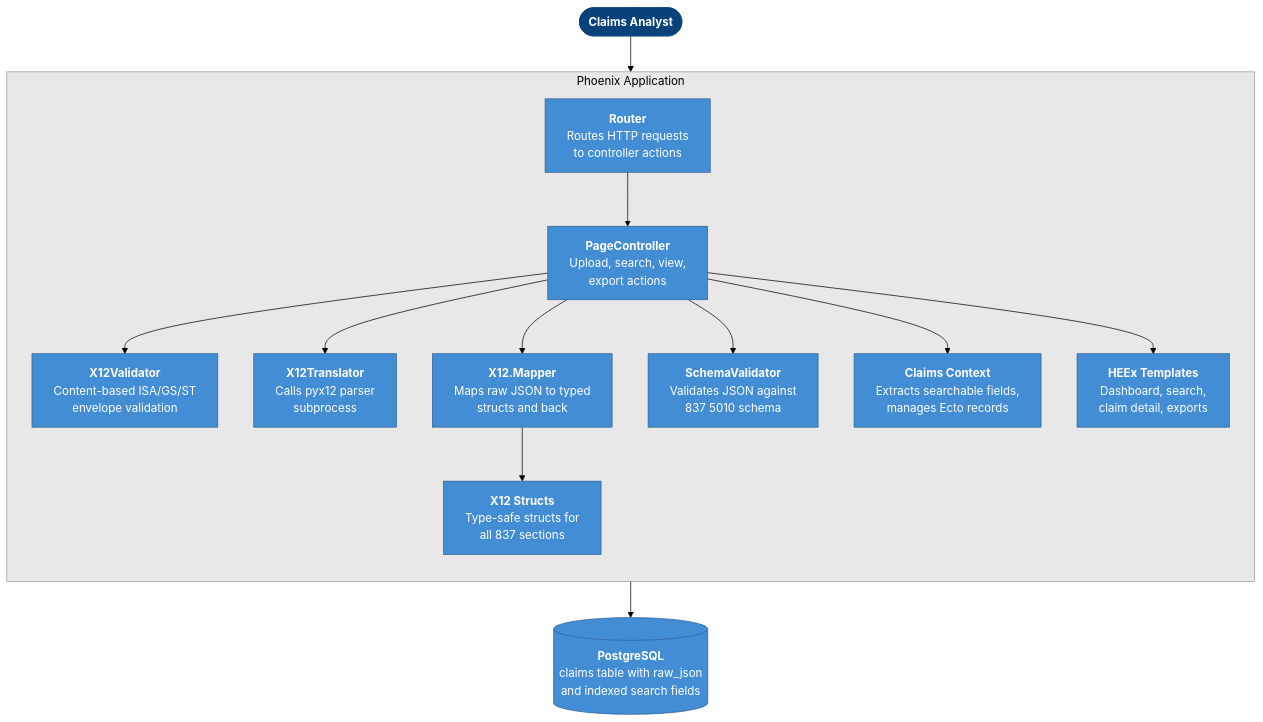
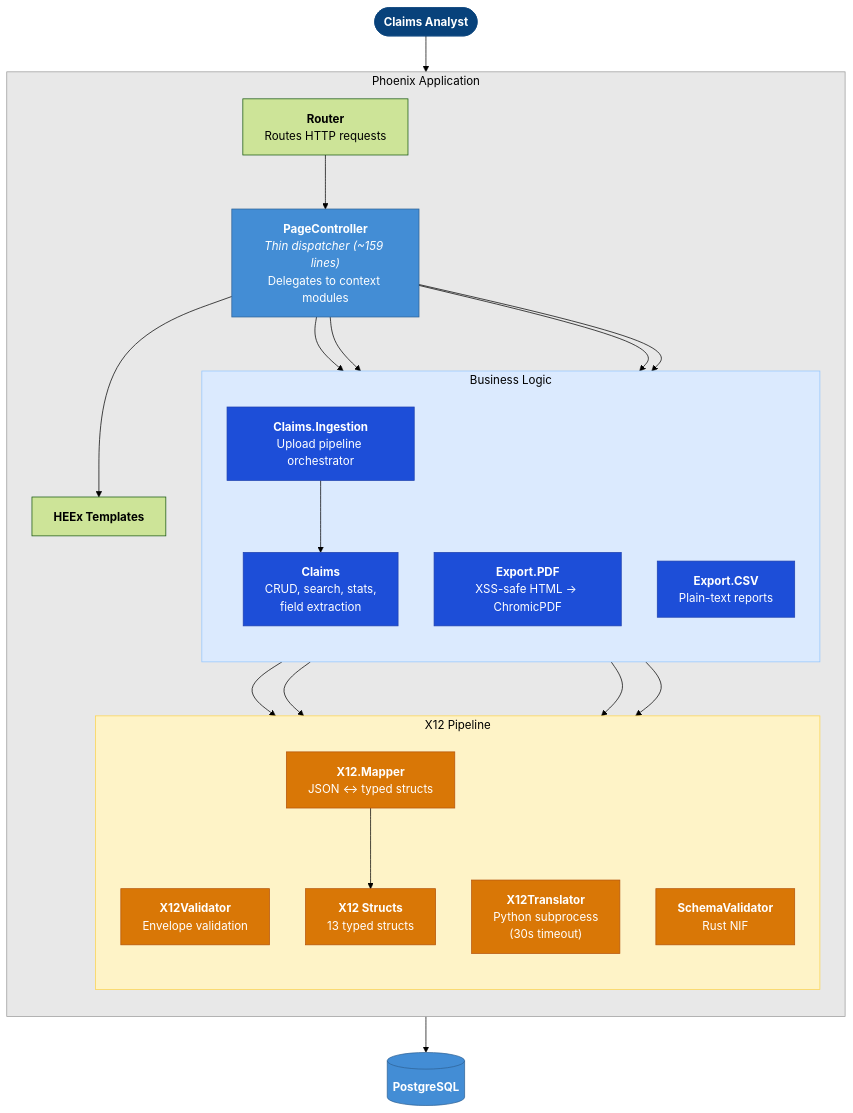
One commit to nagashi/X12-Claims-Translator-Viewer changed the second of 6 diagrams in README.md. Above: the diagram before and after it, drawn with Mermaid (forest theme). The commit also changed other lines of this file, not shown here.

Commit message:
Overhauled Architecture & ran Property based tests

````diff
--- a/README.md
+++ b/README.md
@@ -67,43 +137,61 @@
 ```mermaid
 flowchart TB
     user(["<b>Claims Analyst</b>"])
 
     subgraph phoenix ["Phoenix Application"]
         direction TB
-        router["<b>Router</b><br/>Routes HTTP requests<br/>to controller actions"]
-        controller["<b>PageController</b><br/>Upload, search, view,<br/>export actions"]
-        validator["<b>X12Validator</b><br/>Content-based ISA/GS/ST<br/>envelope validation"]
-        translator["<b>X12Translator</b><br/>Calls pyx12 parser<br/>subprocess"]
-        structs["<b>X12 Structs</b><br/>Type-safe structs for<br/>all 837 sections"]
-        mapper["<b>X12.Mapper</b><br/>Maps raw JSON to typed<br/>structs and back"]
-        schema_val["<b>SchemaValidator</b><br/>Validates JSON against<br/>837 5010 schema"]
-        claims["<b>Claims Context</b><br/>Extracts searchable fields,<br/>manages Ecto records"]
-        templates["<b>HEEx Templates</b><br/>Dashboard, search,<br/>claim detail, exports"]
+        router["<b>Router</b><br/>Routes HTTP requests"]
+        controller["<b>PageController</b><br/><i>Thin dispatcher (~159 lines)</i><br/>Delegates to context modules"]
+
+        subgraph contexts ["Business Logic"]
+            direction TB
+            claims_ctx["<b>Claims</b><br/>CRUD, search, stats,<br/>field extraction"]
+            ingestion["<b>Claims.Ingestion</b><br/>Upload pipeline orchestrator"]
+            export_pdf["<b>Export.PDF</b><br/>XSS-safe HTML → ChromicPDF"]
+            export_csv["<b>Export.CSV</b><br/>Plain-text reports"]
+        end
+
+        subgraph x12 ["X12 Pipeline"]
+            direction TB
+            validator["<b>X12Validator</b><br/>Envelope validation"]
+            translator["<b>X12Translator</b><br/>Python subprocess<br/>(30s timeout)"]
+            mapper["<b>X12.Mapper</b><br/>JSON ↔ typed structs"]
+            schema_val["<b>SchemaValidator</b><br/>Rust NIF"]
+            structs["<b>X12 Structs</b><br/>13 typed structs"]
+        end
+
+        templates["<b>HEEx Templates</b>"]
     end
 
-    db[("<b>PostgreSQL</b><br/>claims table with raw_json<br/>and indexed search fields")]
+    db[("<b>PostgreSQL</b>")]
 
-    user --> router
-    router --> controller
-    controller --> validator
-    controller --> translator
-    controller --> mapper
+    user --> router --> controller
+    controller --> claims_ctx
+    controller --> ingestion
+    controller --> export_pdf
+    controller --> export_csv
+    controller --> templates
+    ingestion --> validator
+    ingestion --> translator
+    ingestion --> mapper
+    ingestion --> schema_val
+    ingestion --> claims_ctx
     mapper --> structs
-    controller --> schema_val
-    controller --> claims
-    controller --> templates
-    claims --> db
+    claims_ctx --> db
 
     style user fill:#08427b,color:#fff,stroke:#08427b
     style phoenix fill:#e8e8e8,color:#000,stroke:#999
-    style router fill:#438dd5,color:#fff,stroke:#2e6295
+    style contexts fill:#dbeafe,color:#000,stroke:#93c5fd
+    style x12 fill:#fef3c7,color:#000,stroke:#fcd34d
     style controller fill:#438dd5,color:#fff,stroke:#2e6295
-    style validator fill:#438dd5,color:#fff,stroke:#2e6295
-    style translator fill:#438dd5,color:#fff,stroke:#2e6295
-    style structs fill:#438dd5,color:#fff,stroke:#2e6295
-    style mapper fill:#438dd5,color:#fff,stroke:#2e6295
-    style schema_val fill:#438dd5,color:#fff,stroke:#2e6295
-    style claims fill:#438dd5,color:#fff,stroke:#2e6295
-    style templates fill:#438dd5,color:#fff,stroke:#2e6295
+    style claims_ctx fill:#1d4ed8,color:#fff,stroke:#1e40af
+    style ingestion fill:#1d4ed8,color:#fff,stroke:#1e40af
+    style export_pdf fill:#1d4ed8,color:#fff,stroke:#1e40af
+    style export_csv fill:#1d4ed8,color:#fff,stroke:#1e40af
+    style validator fill:#d97706,color:#fff,stroke:#b45309
+    style translator fill:#d97706,color:#fff,stroke:#b45309
+    style mapper fill:#d97706,color:#fff,stroke:#b45309
+    style schema_val fill:#d97706,color:#fff,stroke:#b45309
+    style structs fill:#d97706,color:#fff,stroke:#b45309
     style db fill:#438dd5,color:#fff,stroke:#2e6295
 ```
````
